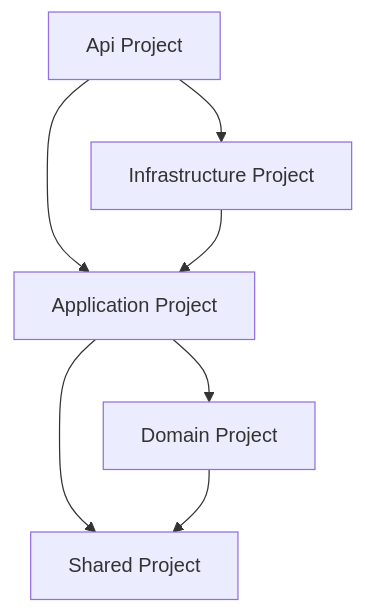
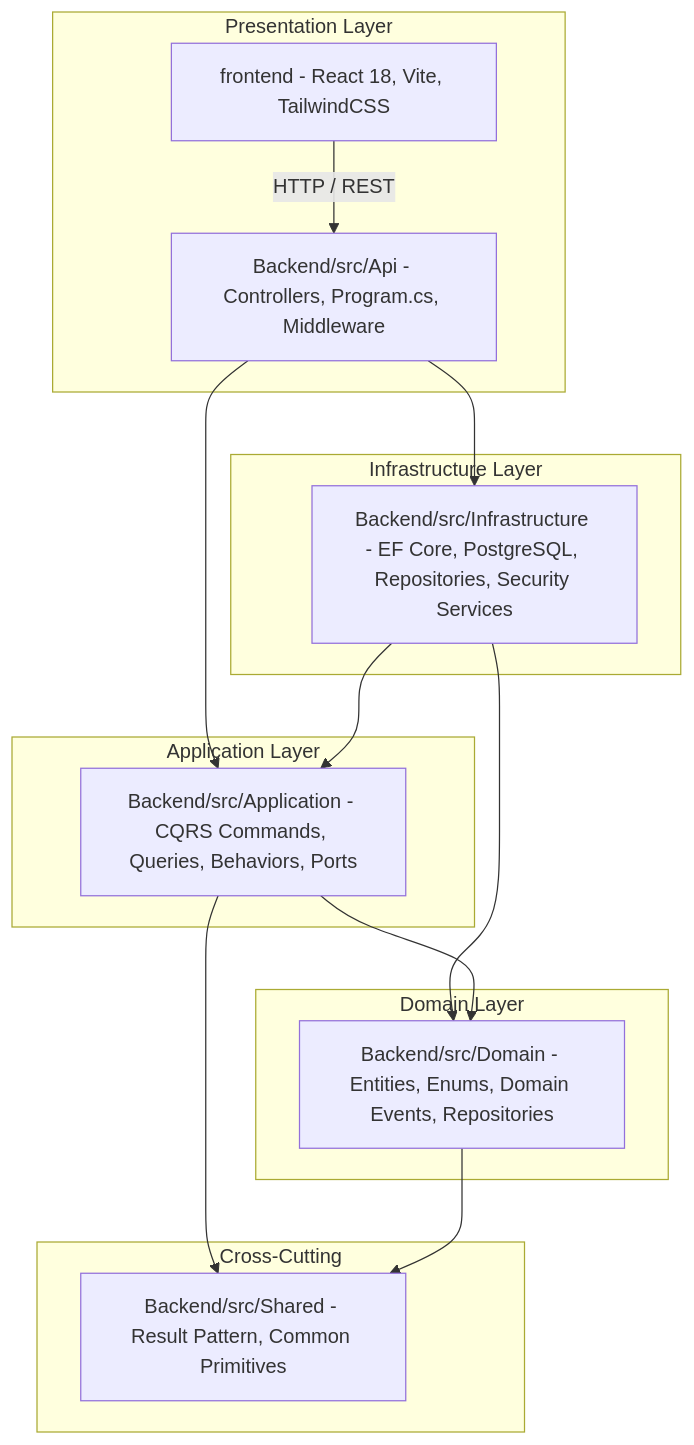
Before and after one commit to JorgeGBeltre/SaaS-.NET-React-Template: the first of 5 diagrams in README.md, drawn with Mermaid. The commit also changed other lines of this file, not shown here.

Commit message:
docs: update README with comprehensive architectural diagrams, security features, and setup guides

````diff
--- a/README.md
+++ b/README.md
@@ -73,9 +50,32 @@
 ```mermaid
 graph TD
-  Api[Api Project] --> Infrastructure[Infrastructure Project]
-  Api --> Application[Application Project]
-  Infrastructure --> Application
-  Application --> Domain[Domain Project]
-  Application --> Shared[Shared Project]
+  subgraph Presentation Layer
+    Api[Backend/src/Api - Controllers, Program.cs, Middleware]
+    Frontend[frontend - React 18, Vite, TailwindCSS]
+  end
+
+  subgraph Application Layer
+    App[Backend/src/Application - CQRS Commands, Queries, Behaviors, Ports]
+  end
+
+  subgraph Domain Layer
+    Domain[Backend/src/Domain - Entities, Enums, Domain Events, Repositories]
+  end
+
+  subgraph Infrastructure Layer
+    Infra[Backend/src/Infrastructure - EF Core, PostgreSQL, Repositories, Security Services]
+  end
+
+  subgraph Cross-Cutting
+    Shared[Backend/src/Shared - Result Pattern, Common Primitives]
+  end
+
+  Frontend -->|HTTP / REST| Api
+  Api --> App
+  Api --> Infra
+  Infra --> App
+  Infra --> Domain
+  App --> Domain
+  App --> Shared
   Domain --> Shared
 ```
````
